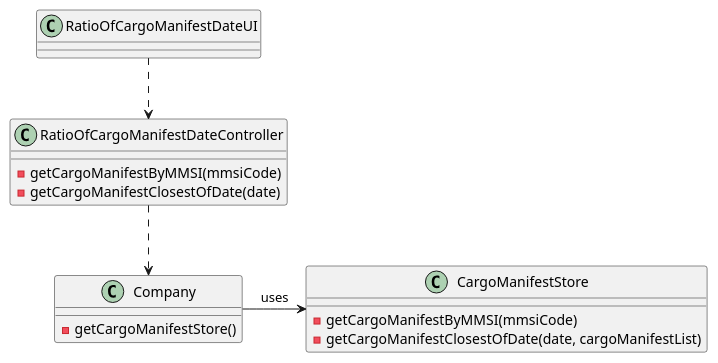
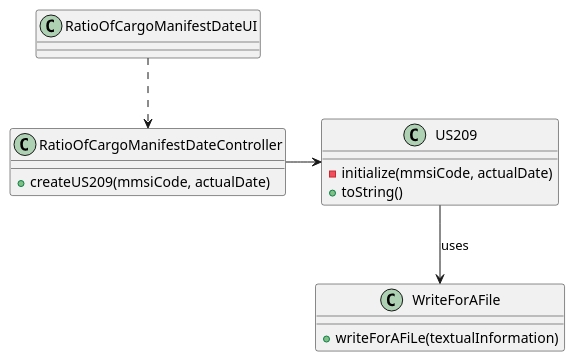
The diagram in docs/US209/CD_US209.puml (0franciscor/lapr3-2021-g042), drawn with PlantUML before and after one commit. The commit also changed 16 other files, not shown here.

```diff
--- a/docs/US209/CD_US209.puml
+++ b/docs/US209/CD_US209.puml
@@ -1,37 +1,44 @@
 @startuml
 'https://plantuml.com/sequence-diagram
 class RatioOfCargoManifestDateUI {}
 
-class RatioOfCargoManifestDateController {
--getCargoManifestByMMSI(mmsiCode)
--getCargoManifestClosestOfDate(date)
+class RatioOfCargoManifestDateController{
++ createUS209(mmsiCode, actualDate)
 }
 
-class Company {
--getCargoManifestStore()
+
+class US209 {
+- initialize(mmsiCode, actualDate)
++ toString()
+
 }
 
-class CargoManifestStore {
-- getCargoManifestByMMSI(mmsiCode)
-- getCargoManifestClosestOfDate(date, cargoManifestList)
+class WriteForAFile{
++ writeForAFiLe(textualInformation)
+
 }
 
+
+
+RatioOfCargoManifestDateController -> US209
+US209 --> WriteForAFile : uses
+
+
+
 RatioOfCargoManifestDateUI ..> RatioOfCargoManifestDateController
-RatioOfCargoManifestDateController ..> Company
-Company -> CargoManifestStore : uses
 
 
 
 
 
 
 
 
 
 
 
 
 
 
 
 @enduml
```
